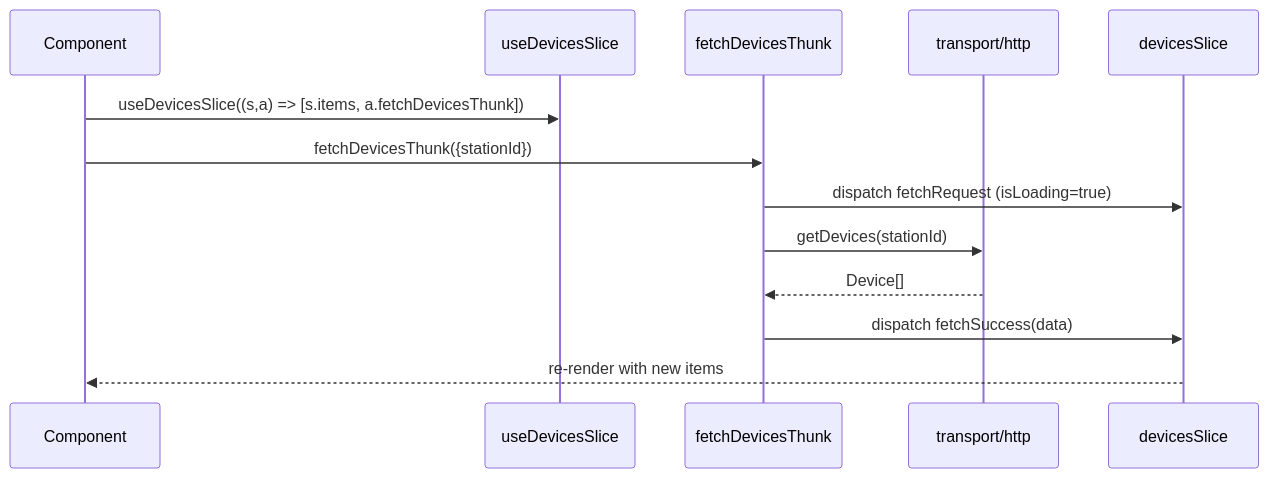
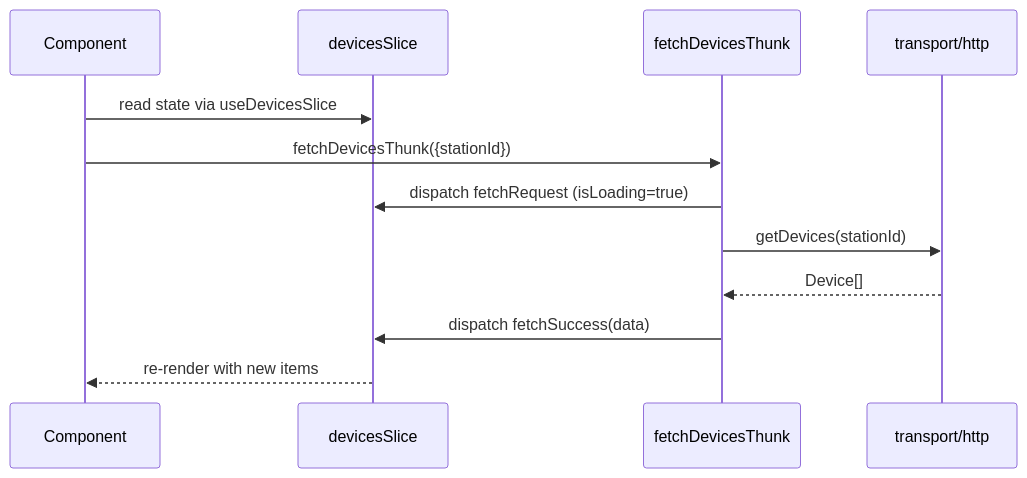
One commit to alphaoflogic-ua/svaroh-docs changed the second of 2 diagrams in docs/station/frontend.md. Above: the diagram before and after it, drawn with Mermaid.

Commit message:
docs: reorder participants in Redux flow diagram for cleaner arrows

````diff
--- a/docs/station/frontend.md
+++ b/docs/station/frontend.md
@@ -37,16 +37,15 @@
 ```mermaid
 sequenceDiagram
     participant UI as Component
-    participant Hook as useDevicesSlice
+    participant Slice as devicesSlice
     participant Thunk as fetchDevicesThunk
     participant API as transport/http
-    participant Slice as devicesSlice
 
-    UI->>Hook: useDevicesSlice((s,a) => [s.items, a.fetchDevicesThunk])
+    UI->>Slice: read state via useDevicesSlice
     UI->>Thunk: fetchDevicesThunk({stationId})
     Thunk->>Slice: dispatch fetchRequest (isLoading=true)
     Thunk->>API: getDevices(stationId)
     API-->>Thunk: Device[]
     Thunk->>Slice: dispatch fetchSuccess(data)
     Slice-->>UI: re-render with new items
 ```
````
